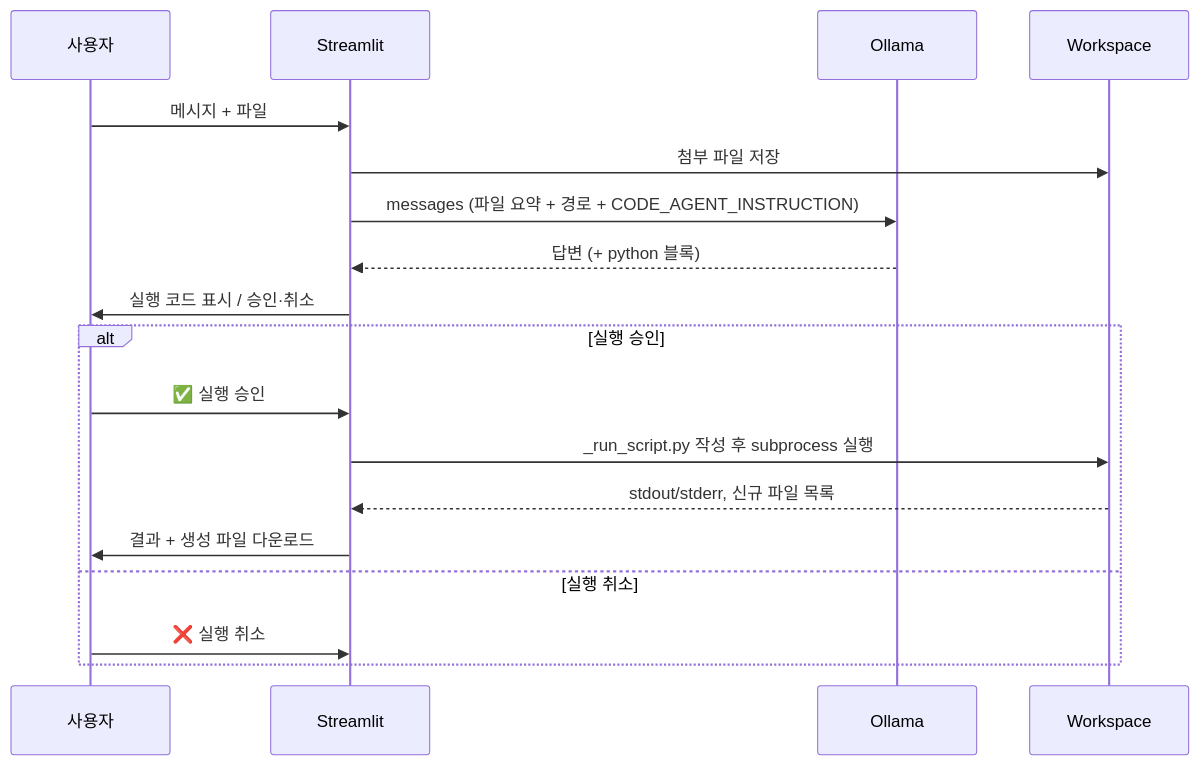
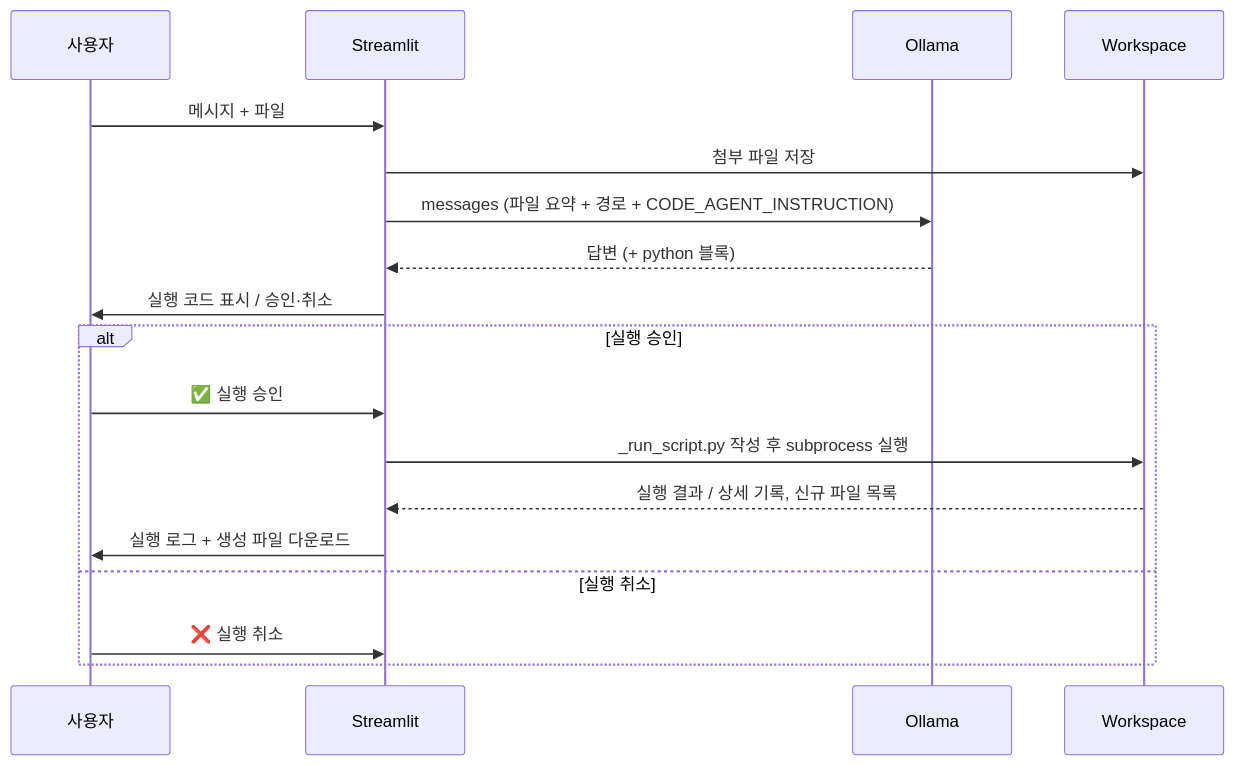
One commit to sumin-ma-1/basic-sw-tech-sm changed the fourth of 4 diagrams in README.md. Above: the diagram before and after it, drawn with Mermaid. The commit also changed other lines of this file, not shown here.

Commit message:
Expand README.md with detailed explanations of the LLM execution structure, processing flow, and system message components. Added flowcharts to illustrate user interactions and the handling of file attachments and code execution approvals.

````diff
--- a/README.md
+++ b/README.md
@@ -23,22 +109,22 @@
 ```mermaid
 sequenceDiagram
     participant U as 사용자
     participant S as Streamlit
     participant O as Ollama
     participant W as Workspace
 
     U->>S: 메시지 + 파일
     S->>W: 첨부 파일 저장
     S->>O: messages (파일 요약 + 경로 + CODE_AGENT_INSTRUCTION)
     O-->>S: 답변 (+ python 블록)
     S->>U: 실행 코드 표시 / 승인·취소
 
     alt 실행 승인
         U->>S: ✅ 실행 승인
         S->>W: _run_script.py 작성 후 subprocess 실행
-        W-->>S: stdout/stderr, 신규 파일 목록
-        S->>U: 결과 + 생성 파일 다운로드
+        W-->>S: 실행 결과 / 상세 기록, 신규 파일 목록
+        S->>U: 실행 로그 + 생성 파일 다운로드
     else 실행 취소
         U->>S: ❌ 실행 취소
     end
 ```
````
